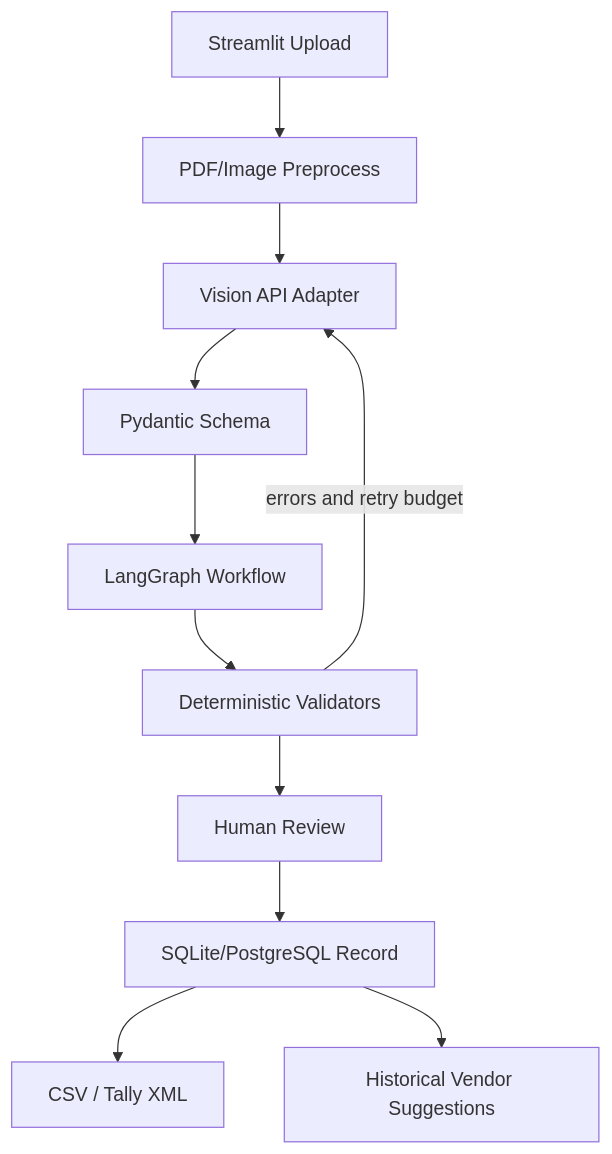
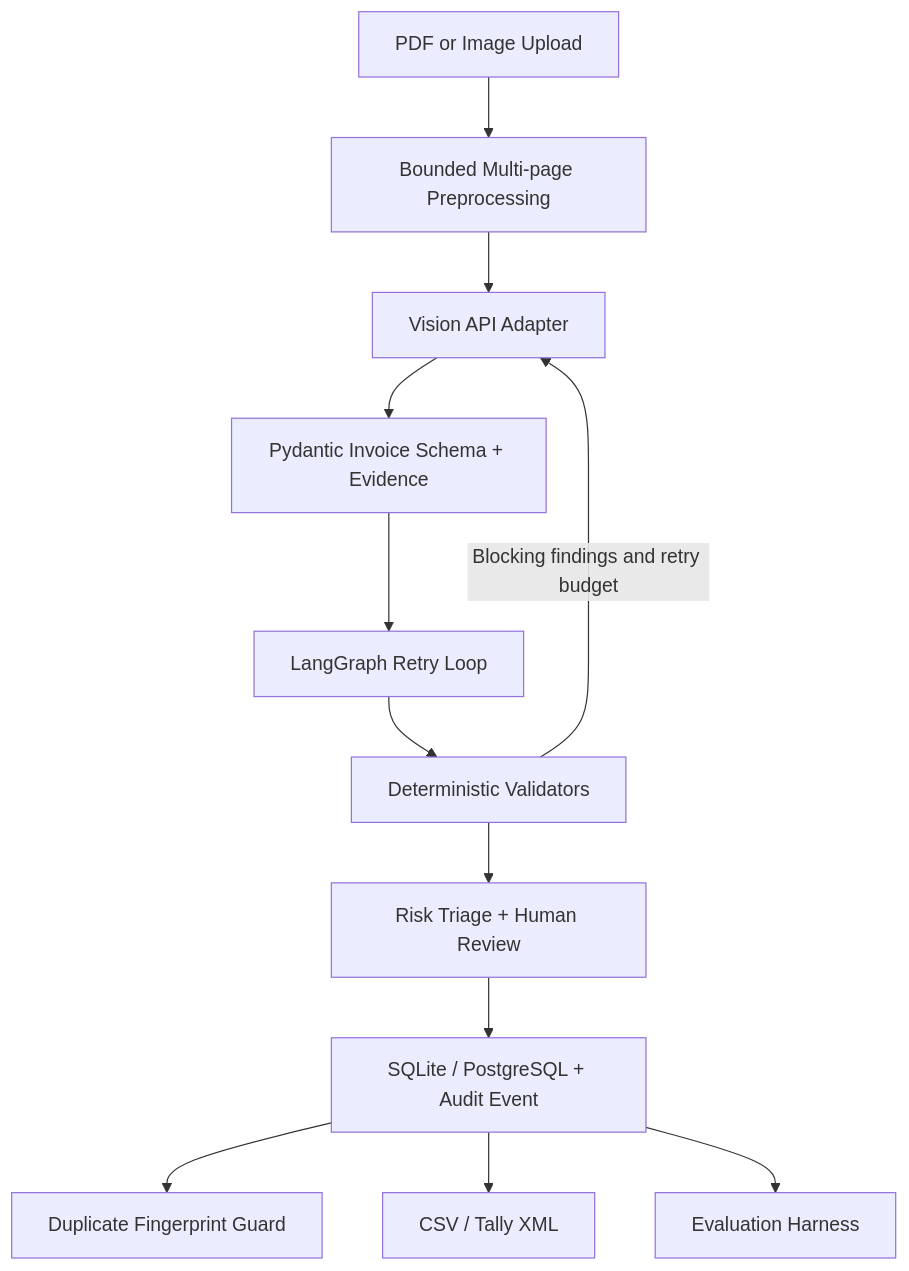
One commit to harshad333-v/invoice-processing-agent changed the diagram in README.md. Above: the diagram before and after it, drawn with Mermaid. The commit also changed other lines of this file, not shown here.

Commit message:
Document implemented workflow, honest limitations and evaluation

````diff
--- a/README.md
+++ b/README.md
@@ -66,13 +83,14 @@
 ```mermaid
 flowchart TD
-  A[Streamlit Upload] --> B[PDF/Image Preprocess]
+  A[PDF or Image Upload] --> B[Bounded Multi-page Preprocessing]
   B --> C[Vision API Adapter]
-  C --> D[Pydantic Schema]
-  D --> E[LangGraph Workflow]
+  C --> D[Pydantic Invoice Schema + Evidence]
+  D --> E[LangGraph Retry Loop]
   E --> F[Deterministic Validators]
-  F -->|errors and retry budget| C
-  F --> G[Human Review]
-  G --> H[SQLite/PostgreSQL Record]
-  H --> I[CSV / Tally XML]
-  H --> J[Historical Vendor Suggestions]
+  F -->|Blocking findings and retry budget| C
+  F --> G[Risk Triage + Human Review]
+  G --> H[SQLite / PostgreSQL + Audit Event]
+  H --> I[Duplicate Fingerprint Guard]
+  H --> J[CSV / Tally XML]
+  H --> K[Evaluation Harness]
 ```
````
